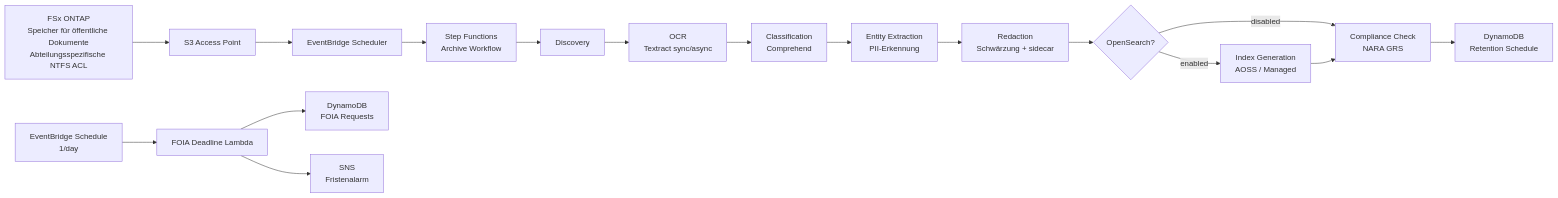
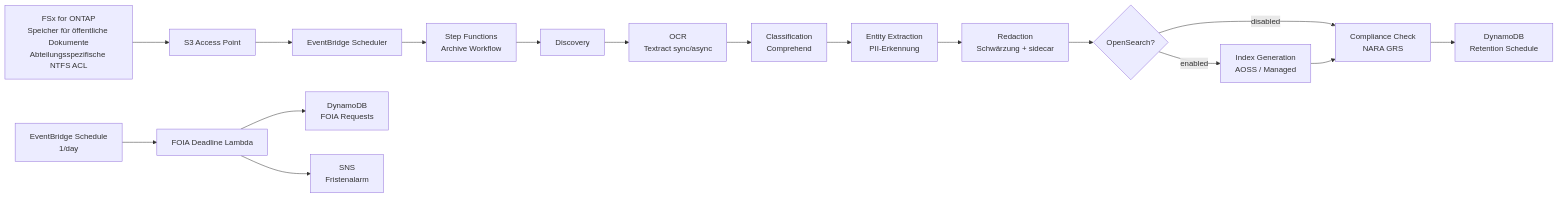
Before and after one commit to Yoshiki0705/FSx-for-ONTAP-S3AccessPoints-Serverless-Patterns: the diagram in government-archives/docs/architecture.de.md, drawn with Mermaid. The commit also changed other lines of this file and 752 other files, not shown here.

````diff
--- a/government-archives/docs/architecture.de.md
+++ b/government-archives/docs/architecture.de.md
@@ -13,20 +13,20 @@
 ```mermaid
 graph LR
-    FSx[FSx ONTAP<br/>Speicher für öffentliche Dokumente<br/>Abteilungsspezifische NTFS ACL] --> S3AP[S3 Access Point]
+    FSx[FSx for ONTAP<br/>Speicher für öffentliche Dokumente<br/>Abteilungsspezifische NTFS ACL] --> S3AP[S3 Access Point]
     S3AP --> EB[EventBridge Scheduler]
     EB --> SFN[Step Functions<br/>Archive Workflow]
     SFN --> L1[Discovery]
     L1 --> L2[OCR<br/>Textract sync/async]
     L2 --> L3[Classification<br/>Comprehend]
     L3 --> L4[Entity Extraction<br/>PII-Erkennung]
     L4 --> L5[Redaction<br/>Schwärzung + sidecar]
     L5 --> C{OpenSearch?}
     C -->|enabled| L6[Index Generation<br/>AOSS / Managed]
     C -->|disabled| L7
     L6 --> L7[Compliance Check<br/>NARA GRS]
     L7 --> DDB[DynamoDB<br/>Retention Schedule]
 
     FD[EventBridge Schedule<br/>1/day] --> FL[FOIA Deadline Lambda]
     FL --> FDB[DynamoDB<br/>FOIA Requests]
     FL --> SNS[SNS<br/>Fristenalarm]
 ```
````
